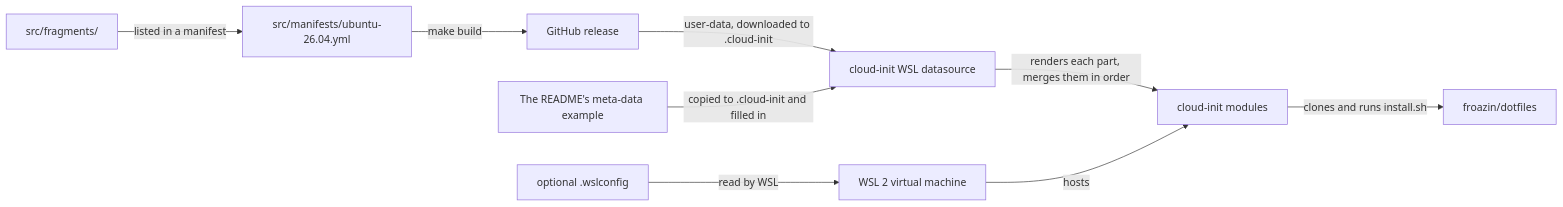
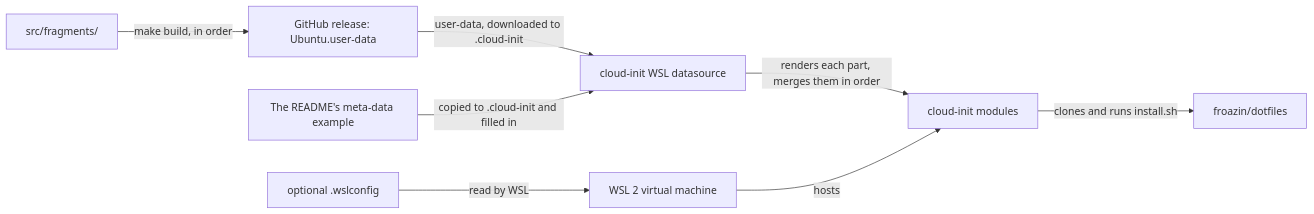
Before and after one commit to froazin/wsl: the diagram in README.md, drawn with Mermaid. The commit also changed other lines of this file and 44 other files, not shown here.

First line of the commit message:
feat(cloud-init): Build one Ubuntu user-data and release it with commitizen (#12)

````diff
--- a/README.md
+++ b/README.md
@@ -195,13 +183,12 @@
 ```mermaid
 flowchart LR
     accTitle: How the files reach the instance
-    accDescr: make build joins the fragments each distro's manifest lists into one MIME user-data for the distro, and the release workflow publishes it. You download it into your Windows profile, and write the meta-data beside it from the README's example. cloud-init's WSL datasource reads them, renders each part's Jinja with the meta-data, merges the parts in the manifest's order and runs the cloud-config, which installs the dotfiles for the user and for root. WSL reads the optional .wslconfig.
-    parts["src/fragments/"] -->|"listed in a manifest"| manifest["src/manifests/ubuntu-26.04.yml"]
-    manifest -->|"make build"| release["GitHub release"]
+    accDescr: make build joins the fragments, in order, into one MIME user-data, and the release workflow publishes it. You download it into your Windows profile, and write the meta-data beside it from the README's example. cloud-init's WSL datasource reads them, renders each part's Jinja with the meta-data, merges the parts in order and runs the cloud-config, which installs the dotfiles for the user and for root. WSL reads the optional .wslconfig.
+    parts["src/fragments/"] -->|"make build, in order"| release["GitHub release: Ubuntu.user-data"]
     release -->|"user-data, downloaded to .cloud-init"| ds["cloud-init WSL datasource"]
     example["The README's meta-data example"] -->|"copied to .cloud-init and filled in"| ds
     ds -->|"renders each part, merges them in order"| modules["cloud-init modules"]
     wslconfig["optional .wslconfig"] -->|"read by WSL"| vm["WSL 2 virtual machine"]
     vm -->|hosts| modules
     modules -->|"clones and runs install.sh"| dotfiles["froazin/dotfiles"]
 ```
````
